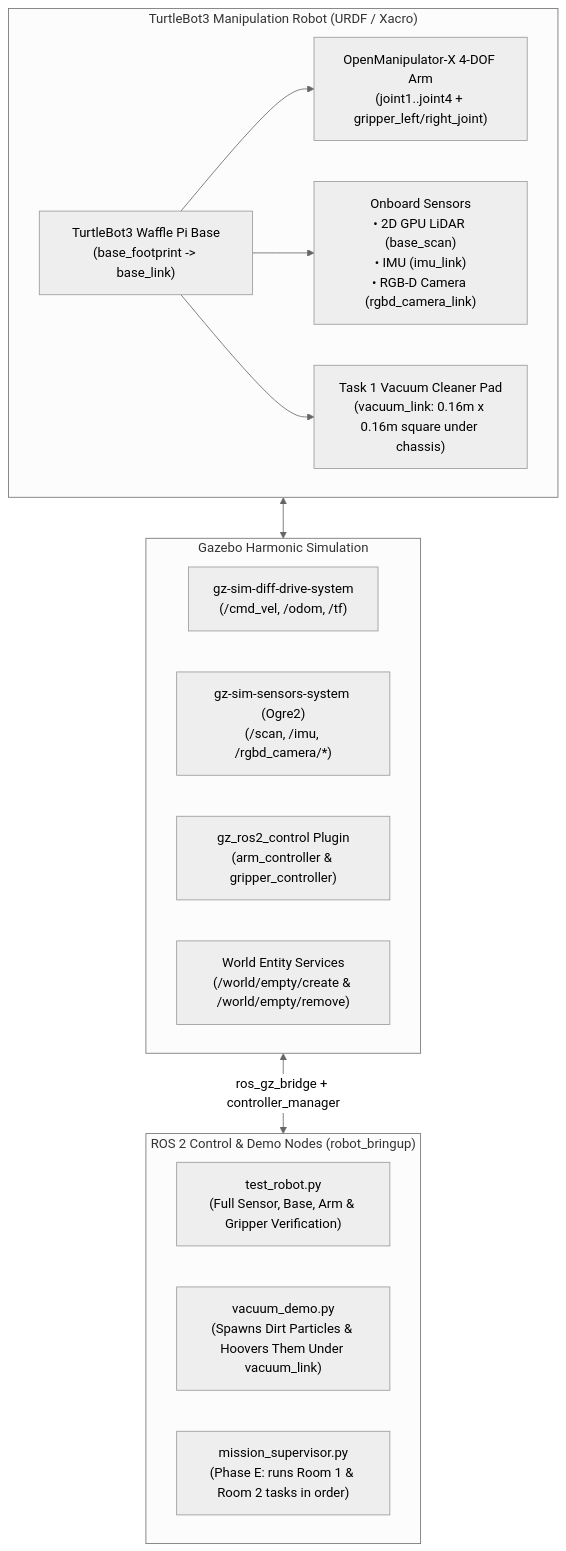
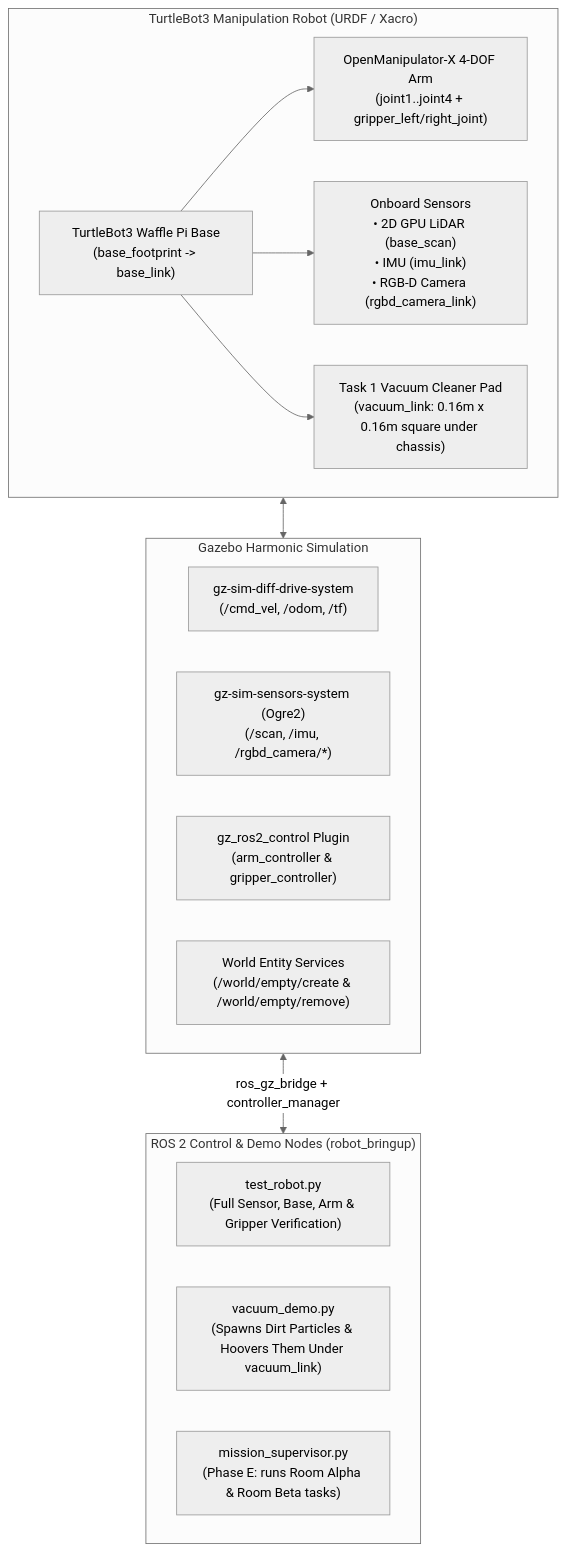
Before and after one commit to ChrisDev18/intelligent-robotics-project: the diagram in README.md, drawn with Mermaid (neutral theme). The commit also changed other lines of this file and 18 other files, not shown here.

Commit message:
Add autonomous RGB-D target discovery, interleaved room tasks, and arm/LiDAR fixes

````diff
--- a/README.md
+++ b/README.md
@@ -101,28 +101,28 @@
 ```mermaid
 flowchart TB
     subgraph Robot["TurtleBot3 Manipulation Robot (URDF / Xacro)"]
         Base["TurtleBot3 Waffle Pi Base\n(base_footprint -> base_link)"]
         Arm["OpenManipulator-X 4-DOF Arm\n(joint1..joint4 + gripper_left/right_joint)"]
         Sensors["Onboard Sensors\n• 2D GPU LiDAR (base_scan)\n• IMU (imu_link)\n• RGB-D Camera (rgbd_camera_link)"]
         Vacuum["Task 1 Vacuum Cleaner Pad\n(vacuum_link: 0.16m x 0.16m square under chassis)"]
         Base --> Arm
         Base --> Sensors
         Base --> Vacuum
     end
 
     subgraph Gazebo["Gazebo Harmonic Simulation"]
         DiffDrive["gz-sim-diff-drive-system\n(/cmd_vel, /odom, /tf)"]
         GzSensors["gz-sim-sensors-system (Ogre2)\n(/scan, /imu, /rgbd_camera/*)"]
         GzControl["gz_ros2_control Plugin\n(arm_controller & gripper_controller)"]
         WorldSrv["World Entity Services\n(/world/empty/create & /world/empty/remove)"]
     end
 
     subgraph Nodes["ROS 2 Control & Demo Nodes (robot_bringup)"]
         TestNode["test_robot.py\n(Full Sensor, Base, Arm & Gripper Verification)"]
         VacDemo["vacuum_demo.py\n(Spawns Dirt Particles & Hoovers Them Under vacuum_link)"]
-        Mission["mission_supervisor.py\n(Phase E: runs Room 1 & Room 2 tasks in order)"]
+        Mission["mission_supervisor.py\n(Phase E: runs Room Alpha & Room Beta tasks)"]
     end
 
     Robot <--> Gazebo
     Gazebo <-->|ros_gz_bridge + controller_manager| Nodes
 ```
````
